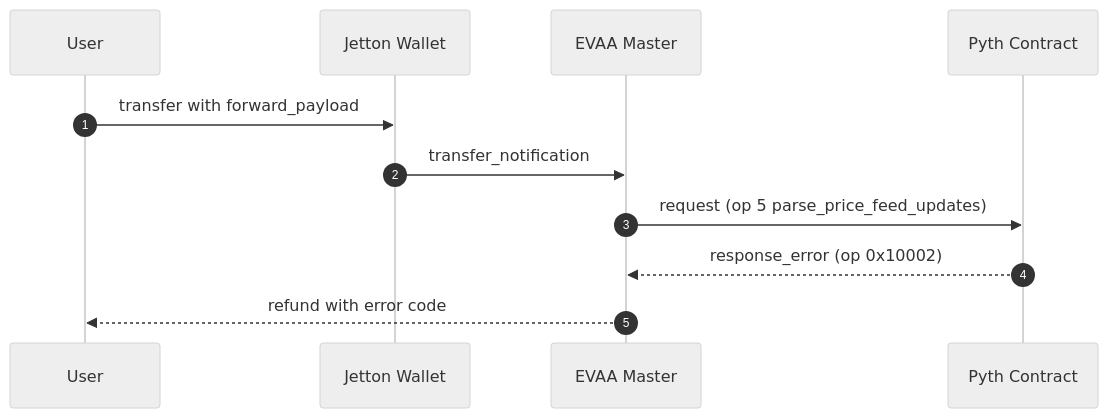
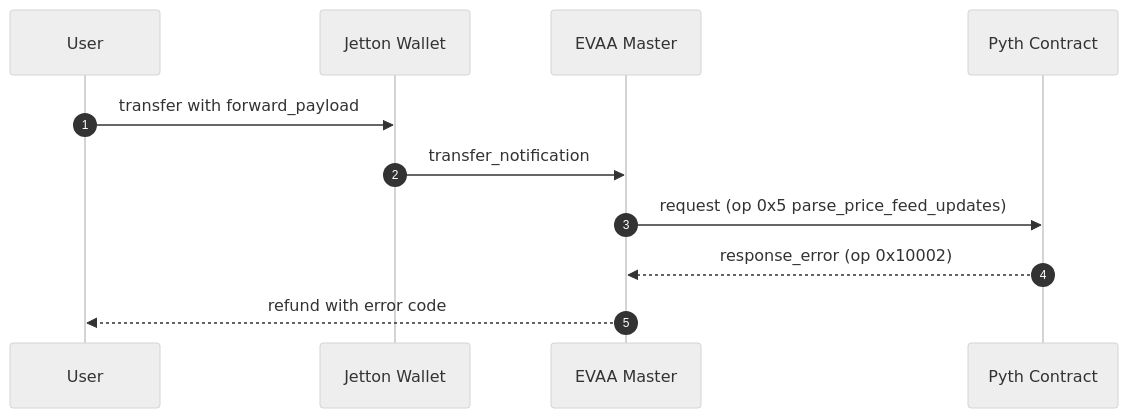
The sixth of 7 diagrams in pages/price-feeds/use-real-time-data/ton.mdx (pyth-network/documentation), drawn with Mermaid (neutral theme) before and after one commit. The commit also changed other lines of this file, not shown here.

Commit message:
clarify evaa flow, add pyth connector flow

````diff
--- a/pages/price-feeds/use-real-time-data/ton.mdx
+++ b/pages/price-feeds/use-real-time-data/ton.mdx
@@ -214,14 +274,14 @@
 ```mermaid
 sequenceDiagram
   autonumber
   participant U as User
   participant JW as Jetton Wallet
   participant M as EVAA Master
   participant P as Pyth Contract
 
   U->>JW: transfer with forward_payload
   JW->>M: transfer_notification
-  M->>P: request (op 5 parse_price_feed_updates)
+  M->>P: request (op 0x5 parse_price_feed_updates)
   P-->>M: response_error (op 0x10002)
   M-->>U: refund with error code
 ```
````
